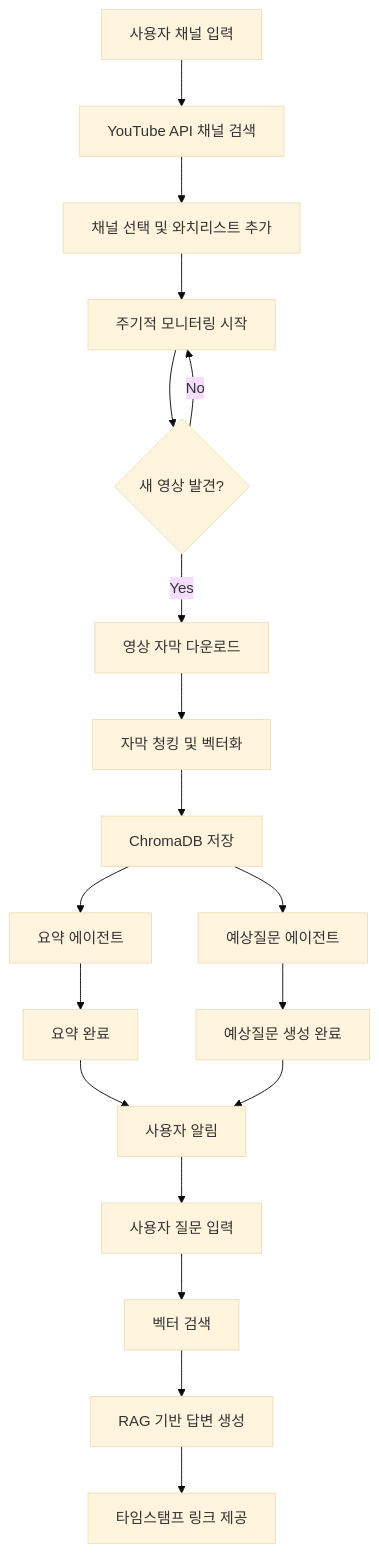
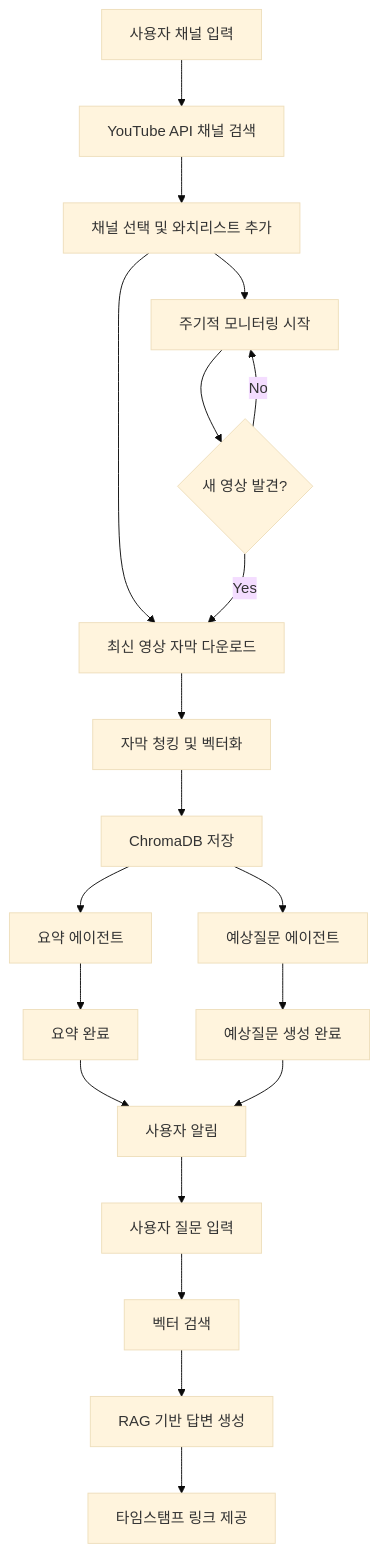
One commit to agentplanningdata/YoutubeTranscript changed the diagram in README.md. Above: the diagram before and after it, drawn with Mermaid (base theme). The commit also changed other lines of this file and 22 other files, not shown here.

````diff
--- a/README.md
+++ b/README.md
@@ -33,21 +29,22 @@
 ```mermaid
 graph TD
     A[사용자 채널 입력] --> B[YouTube API 채널 검색]
     B --> C[채널 선택 및 와치리스트 추가]
+    C --> F[최신 영상 자막 다운로드]
     C --> D[주기적 모니터링 시작]
     D --> E{새 영상 발견?}
-    E -->|Yes| F[영상 자막 다운로드]
+    E -->|Yes| F
     E -->|No| D
     F --> G[자막 청킹 및 벡터화]
     G --> H[ChromaDB 저장]
     H --> I[요약 에이전트]
     H --> J[예상질문 에이전트]
     I --> K[요약 완료]
     J --> L[예상질문 생성 완료]
     K --> M[사용자 알림]
     L --> M
     M --> N[사용자 질문 입력]
     N --> O[벡터 검색]
     O --> P[RAG 기반 답변 생성]
     P --> Q[타임스탬프 링크 제공]
 ```
````
